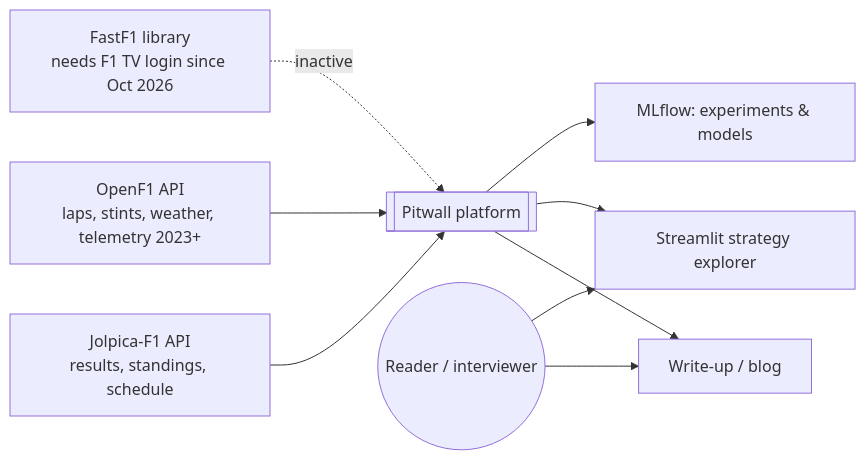
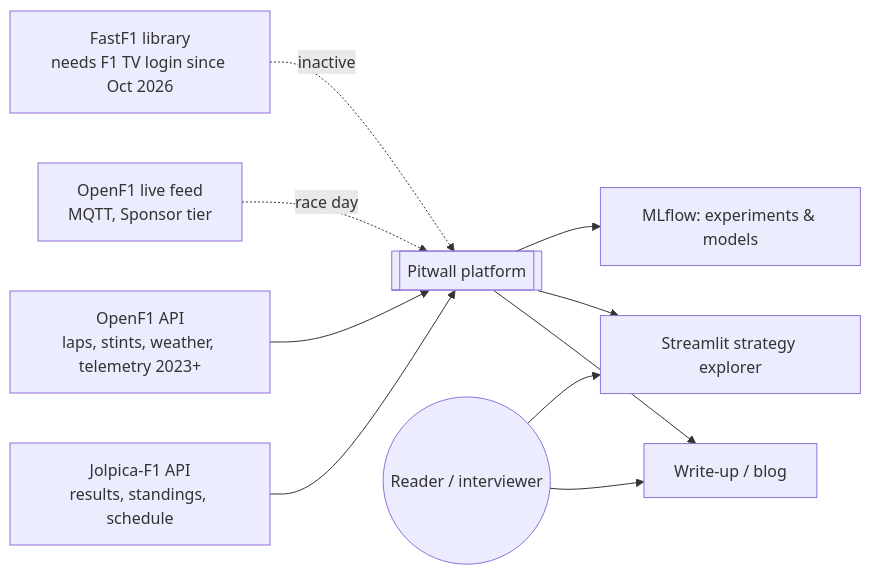
The first of 5 diagrams in docs/SAD.md (salgue441/f1-analysis), drawn with Mermaid before and after one commit. The commit also changed other lines of this file and 18 other files, not shown here.

First line of the commit message:
Add race-day streaming: replay and live producers into Structured Streaming

````diff
--- a/docs/SAD.md
+++ b/docs/SAD.md
@@ -66,11 +66,12 @@
 ```mermaid
 flowchart LR
     J[Jolpica-F1 API<br/>results, standings, schedule] --> P
     O[OpenF1 API<br/>laps, stints, weather, telemetry 2023+] --> P
+    L[OpenF1 live feed<br/>MQTT, Sponsor tier] -.race day.-> P
     F[FastF1 library<br/>needs F1 TV login since Oct 2026] -.inactive.-> P
     P[[Pitwall platform]] --> W[Write-up / blog]
     P --> A[Streamlit strategy explorer]
     P --> M[MLflow: experiments & models]
     U((Reader / interviewer)) --> W
     U --> A
 ```
````
